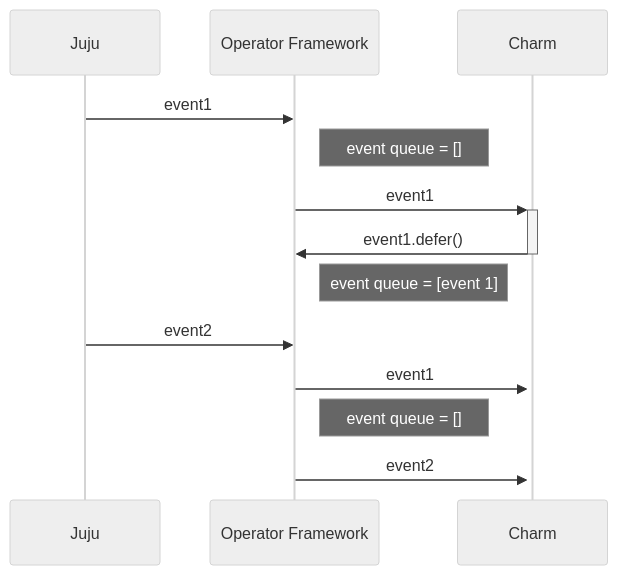
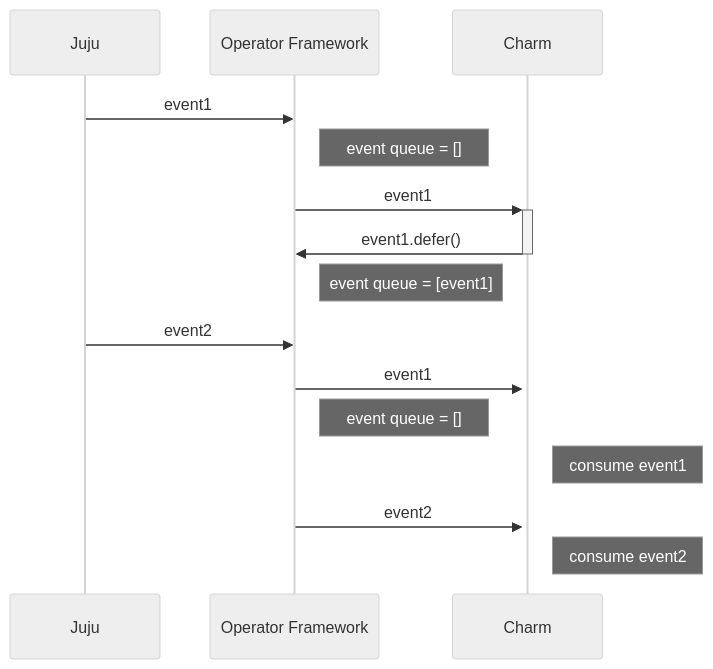
The fourth of 5 diagrams in README.md (canonical/charm-events), drawn with Mermaid (neutral theme) before and after one commit. The commit also changed other lines of this file, not shown here.

````diff
--- a/README.md
+++ b/README.md
@@ -210,12 +212,14 @@
 ```mermaid
 sequenceDiagram
     Juju->>Operator Framework: event1
     note right of Operator Framework: event queue = []
     Operator Framework->>+Charm: event1
     Charm->>-Operator Framework: event1.defer()
-    note right of Operator Framework: event queue = [event 1] 
+    note right of Operator Framework: event queue = [event1] 
     Juju->>Operator Framework: event2
     Operator Framework->>+Charm: event1
     note right of Operator Framework: event queue = []
-    Operator Framework->>+Charm: event2 
+    note right of Charm: consume event1
+    Operator Framework->>+Charm: event2
+    note right of Charm: consume event2
 ```
````
